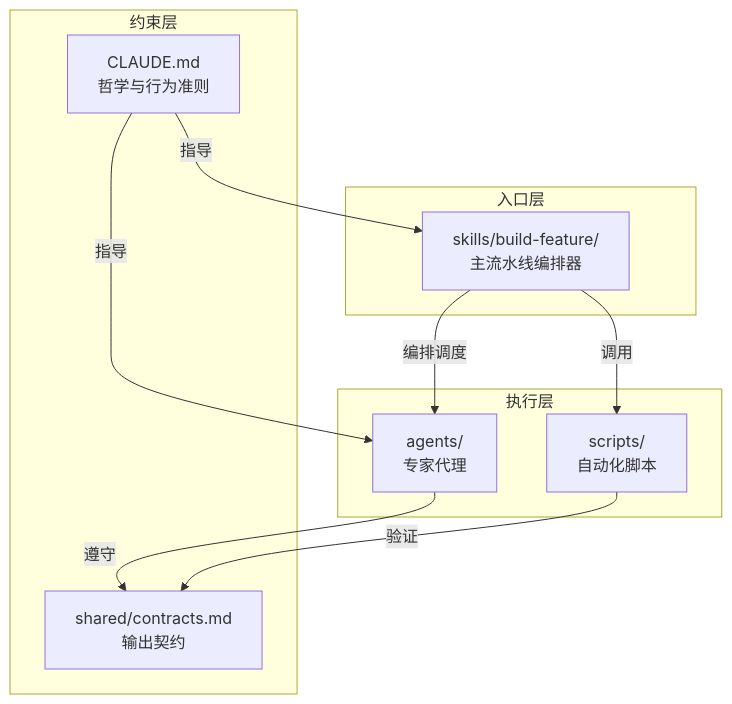
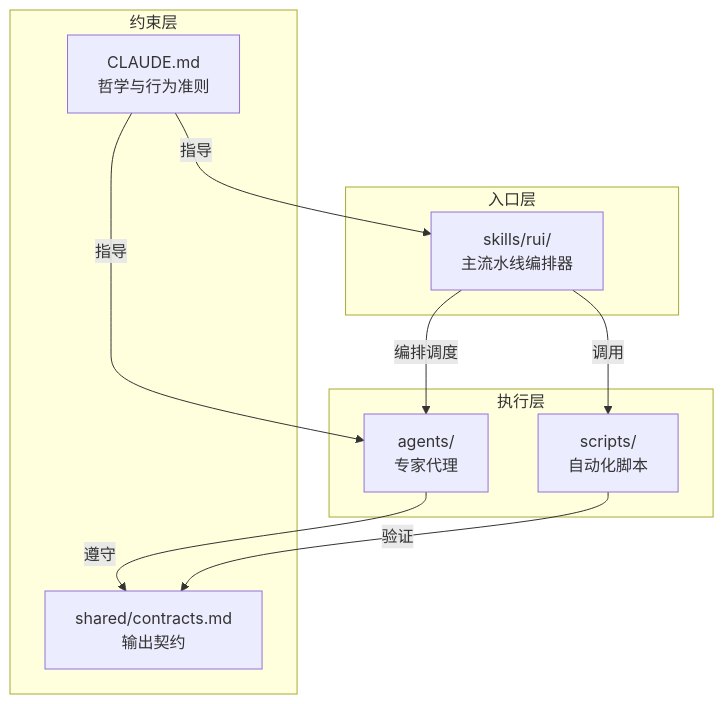
One commit to effiy/YrY changed the first of 2 diagrams in README.md. Above: the diagram before and after it, drawn with Mermaid. The commit also changed other lines of this file and 25 other files, not shown here.

Commit message:
rename build-feature skill to rui

````diff
--- a/README.md
+++ b/README.md
@@ -5,23 +5,23 @@
 ```mermaid
 graph TD
     subgraph 入口层
-        SKILL[skills/build-feature/<br/>主流水线编排器]
+        SKILL[skills/rui/<br/>主流水线编排器]
     end
 
     subgraph 执行层
         AGENTS[agents/<br/>专家代理]
         SCRIPTS[scripts/<br/>自动化脚本]
     end
 
     subgraph 约束层
         CONTRACTS[shared/contracts.md<br/>输出契约]
         CLAUDE[CLAUDE.md<br/>哲学与行为准则]
     end
 
     SKILL -->|编排调度| AGENTS
     SKILL -->|调用| SCRIPTS
     AGENTS -->|遵守| CONTRACTS
     SCRIPTS -->|验证| CONTRACTS
     CLAUDE -->|指导| AGENTS
     CLAUDE -->|指导| SKILL
 ```
````
